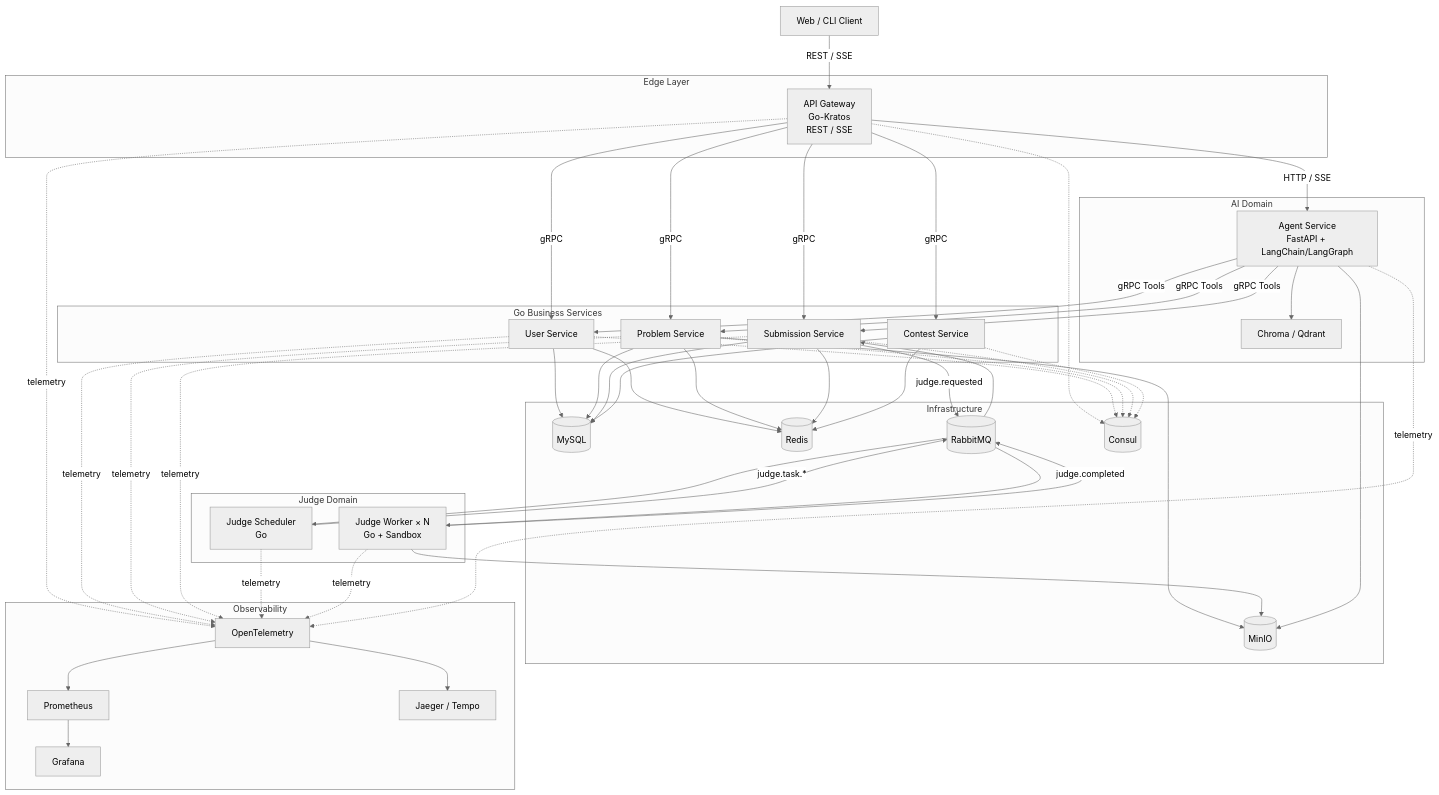
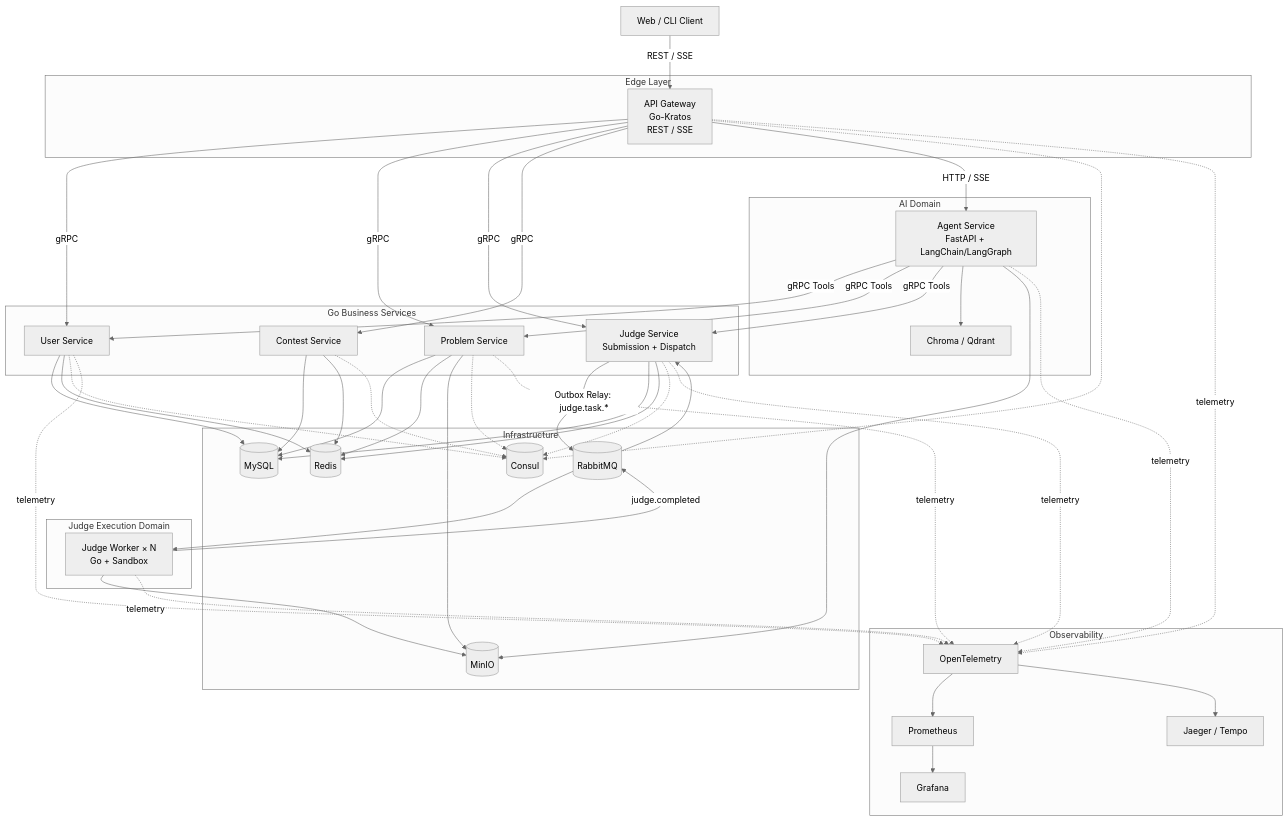
Before and after one commit to viggggil/go_oj_agent: the first of 6 diagrams in docs/architecture.md, drawn with Mermaid (neutral theme). The commit also changed other lines of this file and 6 other files, not shown here.

Commit message:
docs(architecture): merge submission scheduling into judge service

```diff
--- a/docs/architecture.md
+++ b/docs/architecture.md
@@ -30,12 +30,11 @@
     subgraph Domain["Go Business Services"]
         User["User Service"]
         Problem["Problem Service"]
-        Submission["Submission Service"]
+        Judge["Judge Service<br/>Submission + Dispatch"]
         Contest["Contest Service"]
     end
 
-    subgraph JudgeDomain["Judge Domain"]
-        Scheduler["Judge Scheduler<br/>Go"]
+    subgraph JudgeDomain["Judge Execution Domain"]
         Worker["Judge Worker × N<br/>Go + Sandbox"]
     end
 
@@ -63,30 +62,28 @@
 
     Gateway -->|"gRPC"| User
     Gateway -->|"gRPC"| Problem
-    Gateway -->|"gRPC"| Submission
+    Gateway -->|"gRPC"| Judge
     Gateway -->|"gRPC"| Contest
     Gateway -->|"HTTP / SSE"| Agent
 
-    Submission -->|"judge.requested"| RabbitMQ
-    RabbitMQ --> Scheduler
-    Scheduler -->|"judge.task.*"| RabbitMQ
+    Judge -->|"Outbox Relay: judge.task.*"| RabbitMQ
     RabbitMQ --> Worker
     Worker -->|"judge.completed"| RabbitMQ
-    RabbitMQ --> Submission
+    RabbitMQ --> Judge
 
     Agent -->|"gRPC Tools"| User
     Agent -->|"gRPC Tools"| Problem
-    Agent -->|"gRPC Tools"| Submission
+    Agent -->|"gRPC Tools"| Judge
     Agent --> Vector
 
     User --> MySQL
     Problem --> MySQL
-    Submission --> MySQL
+    Judge --> MySQL
     Contest --> MySQL
 
     User --> Redis
     Problem --> Redis
-    Submission --> Redis
+    Judge --> Redis
     Contest --> Redis
 
     Problem --> MinIO
@@ -96,14 +93,13 @@
     Gateway -.-> Consul
     User -.-> Consul
     Problem -.-> Consul
-    Submission -.-> Consul
+    Judge -.-> Consul
     Contest -.-> Consul
 
     Gateway -. telemetry .-> OTel
     User -. telemetry .-> OTel
     Problem -. telemetry .-> OTel
-    Submission -. telemetry .-> OTel
-    Scheduler -. telemetry .-> OTel
+    Judge -. telemetry .-> OTel
     Worker -. telemetry .-> OTel
     Agent -. telemetry .-> OTel
 
```
